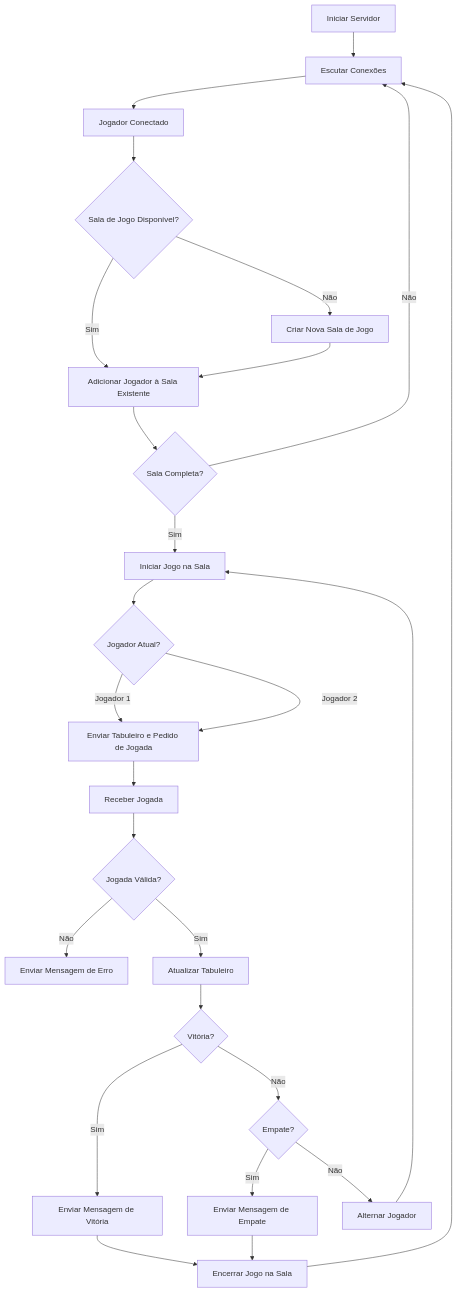
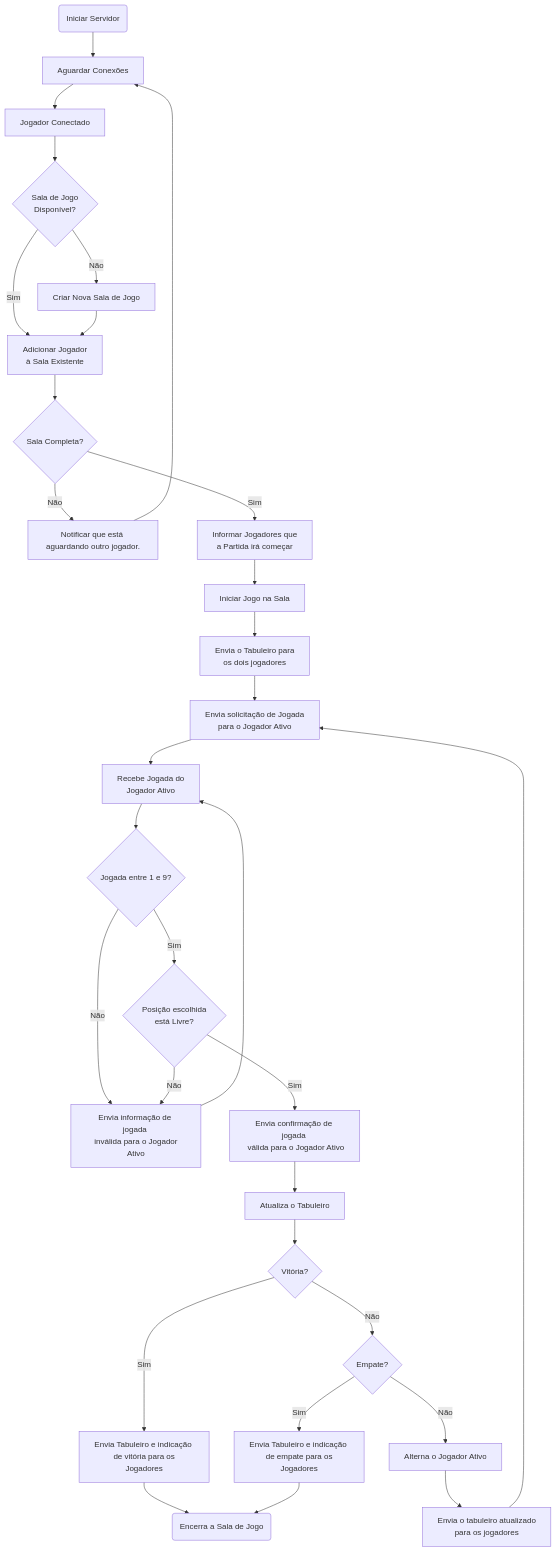
Before and after one commit to lupamedeiros/pjd_redes: the diagram in p01_jogo_da_velha/README.md, drawn with Mermaid. The commit also changed other lines of this file, not shown here.

Commit message:
Fluxograma do Projeto

````diff
--- a/p01_jogo_da_velha/README.md
+++ b/p01_jogo_da_velha/README.md
@@ -16,28 +31,33 @@
 ```mermaid
 graph TD
-A[Iniciar Servidor] --> B[Escutar Conexões]
+A(Iniciar Servidor) --> B[Aguardar Conexões]
 B --> C[Jogador Conectado]
-C --> D{Sala de Jogo Disponível?}
+C --> D{Sala de Jogo <br> Disponível?}
 D -- Não --> E[Criar Nova Sala de Jogo]
-D -- Sim --> F[Adicionar Jogador à Sala Existente]
+D -- Sim --> F[Adicionar Jogador <br> à Sala Existente]
 E --> F
 F --> G{Sala Completa?}
-G -- Não --> B
-G -- Sim --> H[Iniciar Jogo na Sala]
-H --> I{Jogador Atual?}
-I -- Jogador 1 --> J[Enviar Tabuleiro e Pedido de Jogada]
-I -- Jogador 2 --> J[Enviar Tabuleiro e Pedido de Jogada]
-J --> K[Receber Jogada]
-K --> L{Jogada Válida?}
-L -- Não --> M[Enviar Mensagem de Erro]
-L -- Sim --> N[Atualizar Tabuleiro]
-N --> O{Vitória?}
-O -- Sim --> P[Enviar Mensagem de Vitória]
-O -- Não --> Q{Empate?}
-Q -- Sim --> R[Enviar Mensagem de Empate]
-Q -- Não --> S[Alternar Jogador]
-S --> H
-P --> T[Encerrar Jogo na Sala]
-R --> T
-T --> B
+G -- Não --> Z[Notificar que está aguardando outro jogador.]
+Z --> B
+G -- Sim --> W[Informar Jogadores que <br> a Partida irá começar]
+W --> H[Iniciar Jogo na Sala]
+H --> I[Envia o Tabuleiro para <br> os dois jogadores]
+I --> J[Envia solicitação de Jogada <br> para o Jogador Ativo]
+J --> K[Recebe Jogada do <br> Jogador Ativo]
+K --> L{Jogada entre 1 e 9?}
+L -- Não --> M[Envia informação de jogada <br> inválida para o Jogador Ativo]
+L -- Sim --> N{Posição escolhida <br> está Livre?}
+N -- Não --> M
+M --> K
+N -- Sim --> O[Envia confirmação de jogada <br> válida para o Jogador Ativo]
+O --> P[Atualiza o Tabuleiro]
+P --> R{Vitória?}
+R -- Sim --> S[Envia Tabuleiro e indicação <br> de vitória para os Jogadores]
+R -- Não --> T{Empate?}
+T -- Sim --> U[Envia Tabuleiro e indicação <br> de empate para os Jogadores]
+S --> X(Encerra a Sala de Jogo)
+U --> X
+T -- Não --> V[Alterna o Jogador Ativo]
+V --> Y[Envia o tabuleiro atualizado <br> para os jogadores]
+Y --> J
 ```
````
